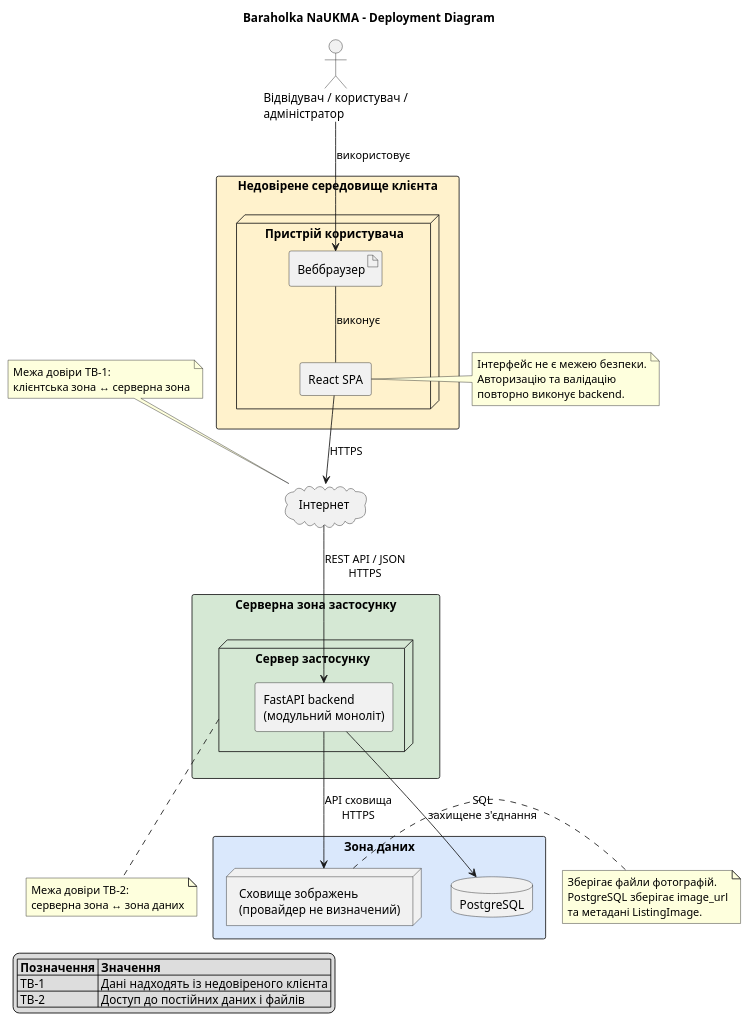
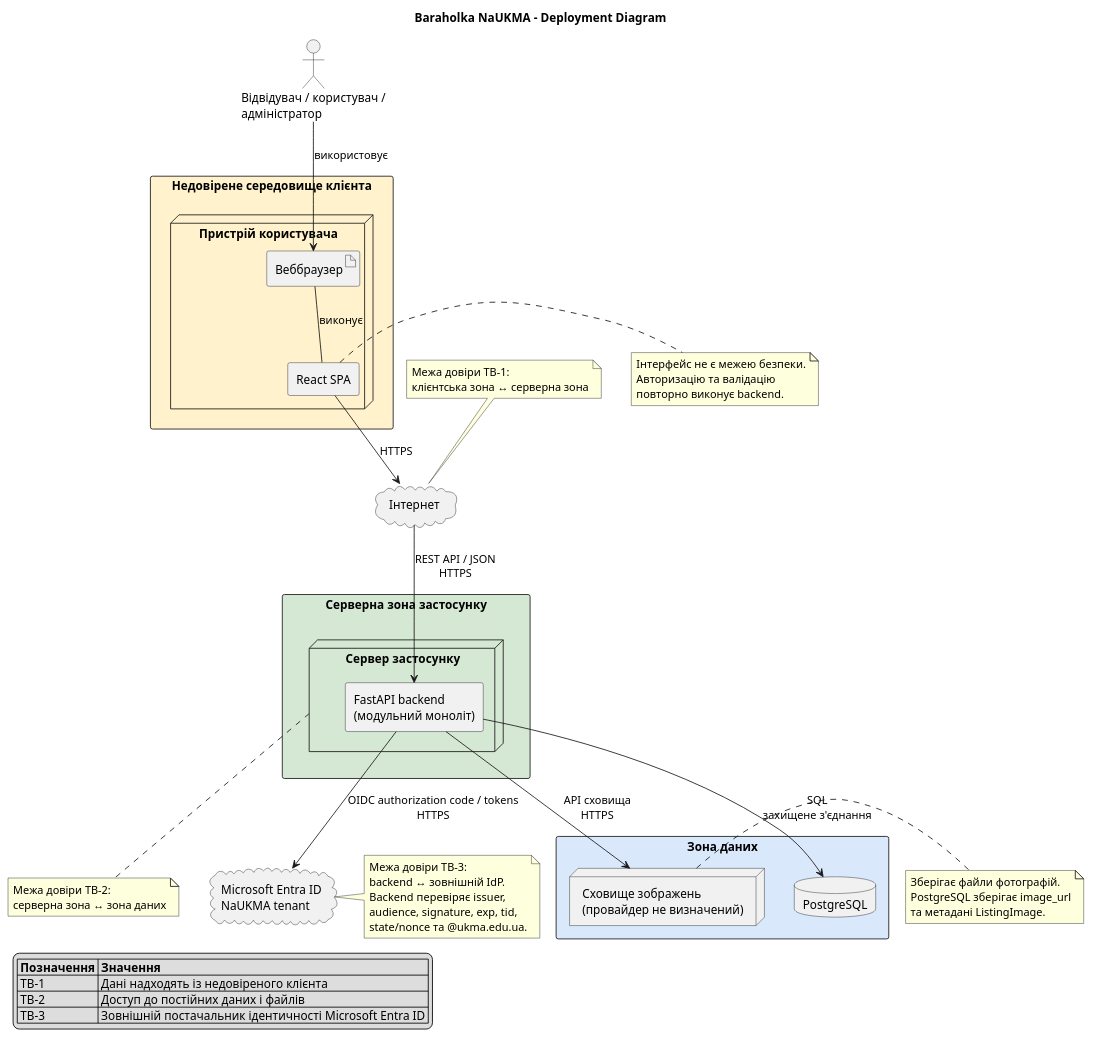
The diagram in docs/architecture/uml/deployment.puml (ukma-fin-ssdm-2026/Next-Gen), drawn with PlantUML before and after one commit. The commit also changed 19 other files, not shown here.

First line of the commit message:
Update architecture for Entra ID auth

```diff
--- a/docs/architecture/uml/deployment.puml
+++ b/docs/architecture/uml/deployment.puml
@@ -1,65 +1,76 @@
 @startuml
 title Baraholka NaUKMA - Deployment Diagram
 
 skinparam shadowing false
 skinparam componentStyle rectangle
 
 actor "Відвідувач / користувач /\nадміністратор" as user
 
 rectangle "Недовірене середовище клієнта" #FFF2CC {
   node "Пристрій користувача" as client {
     artifact "Веббраузер" as browser
     component "React SPA" as frontend
 
     browser -- frontend : виконує
   }
 }
 
 cloud "Інтернет" as internet
+cloud "Microsoft Entra ID\nNaUKMA tenant" as entra
 
 rectangle "Серверна зона застосунку" #D5E8D4 {
   node "Сервер застосунку" as app_server {
     component "FastAPI backend\n(модульний моноліт)" as backend
   }
 }
 
 rectangle "Зона даних" #DAE8FC {
   database "PostgreSQL" as database
   node "Сховище зображень\n(провайдер не визначений)" as image_storage
 }
 
 user --> browser : використовує
 frontend --> internet : HTTPS
 internet --> backend : REST API / JSON\nHTTPS
+backend --> entra : OIDC authorization code / tokens\nHTTPS
 backend --> database : SQL\nзахищене з'єднання
 backend --> image_storage : API сховища\nHTTPS
 
 note top of internet
   Межа довіри TB-1:
   клієнтська зона ↔ серверна зона
 end note
 
 note bottom of app_server
   Межа довіри TB-2:
   серверна зона ↔ зона даних
+end note
+
+note right of entra
+  Межа довіри TB-3:
+  backend ↔ зовнішній IdP.
+  Backend перевіряє issuer,
+  audience, signature, exp, tid,
+  state/nonce та @ukma.edu.ua.
 end note
 
 note right of frontend
   Інтерфейс не є межею безпеки.
   Авторизацію та валідацію
   повторно виконує backend.
 end note
 
 note right of image_storage
   Зберігає файли фотографій.
   PostgreSQL зберігає image_url
   та метадані ListingImage.
 end note
 
 legend left
   |= Позначення |= Значення |
   | TB-1 | Дані надходять із недовіреного клієнта |
   | TB-2 | Доступ до постійних даних і файлів |
+  | TB-3 | Зовнішній постачальник ідентичності Microsoft Entra ID |
 endlegend
 
 @enduml
```
